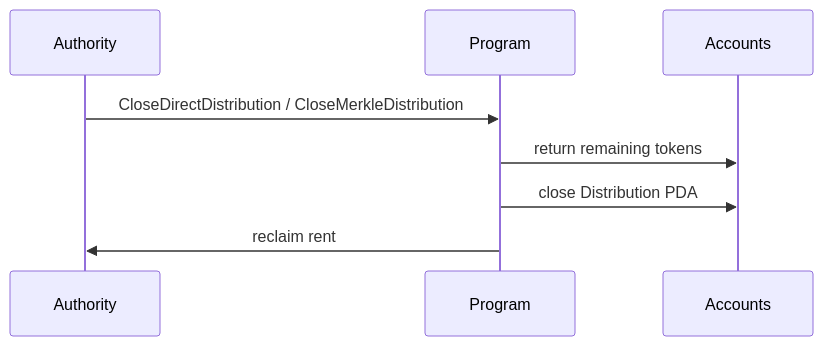
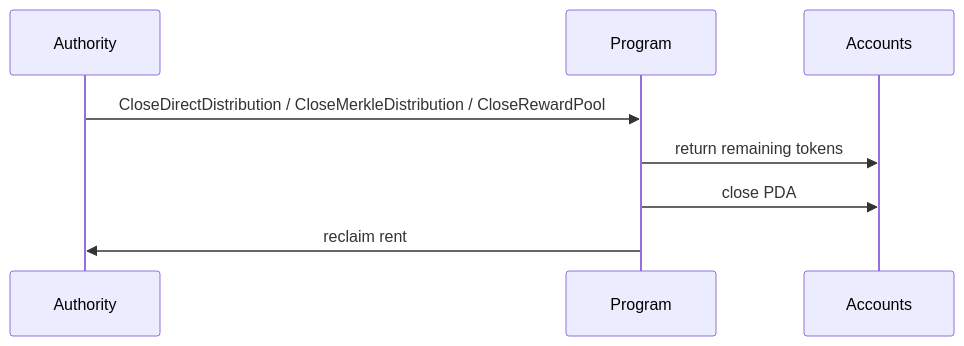
Before and after one commit to solana-program/rewards: the sixth of 6 diagrams in README.md, drawn with Mermaid. The commit also changed other lines of this file and 75 other files, not shown here.

First line of the commit message:
feat: add continuous reward pool distribution model

````diff
--- a/README.md
+++ b/README.md
@@ -126,11 +199,11 @@
 ```mermaid
 sequenceDiagram
     participant Authority
     participant Program
     participant Accounts
 
-    Authority->>Program: CloseDirectDistribution / CloseMerkleDistribution
+    Authority->>Program: CloseDirectDistribution / CloseMerkleDistribution / CloseRewardPool
     Program->>Accounts: return remaining tokens
-    Program->>Accounts: close Distribution PDA
+    Program->>Accounts: close PDA
     Program->>Authority: reclaim rent
 ```
````
